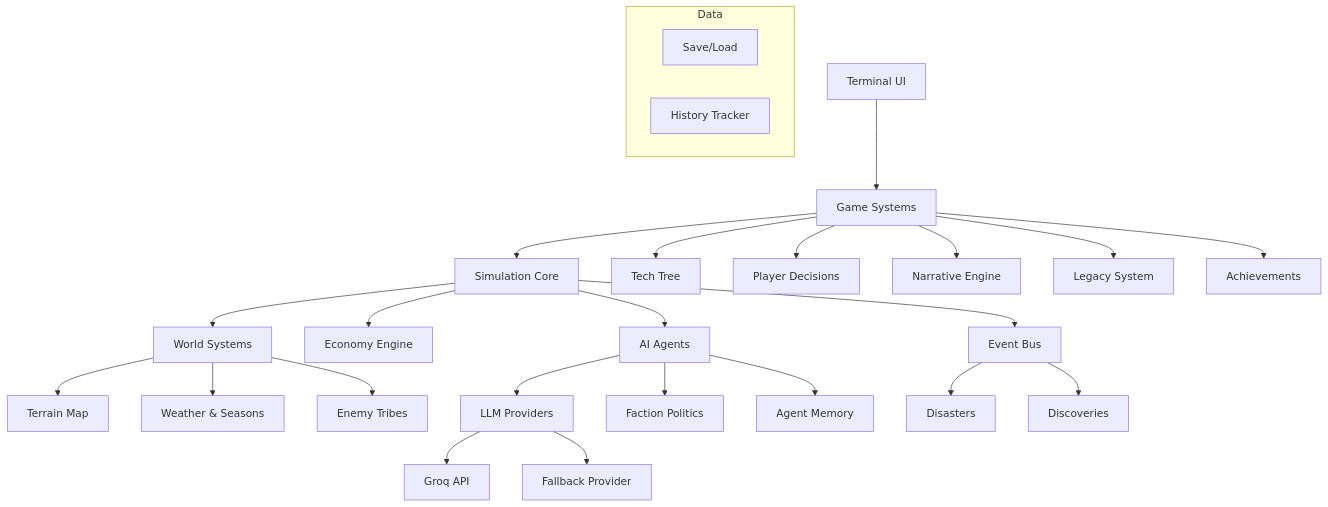
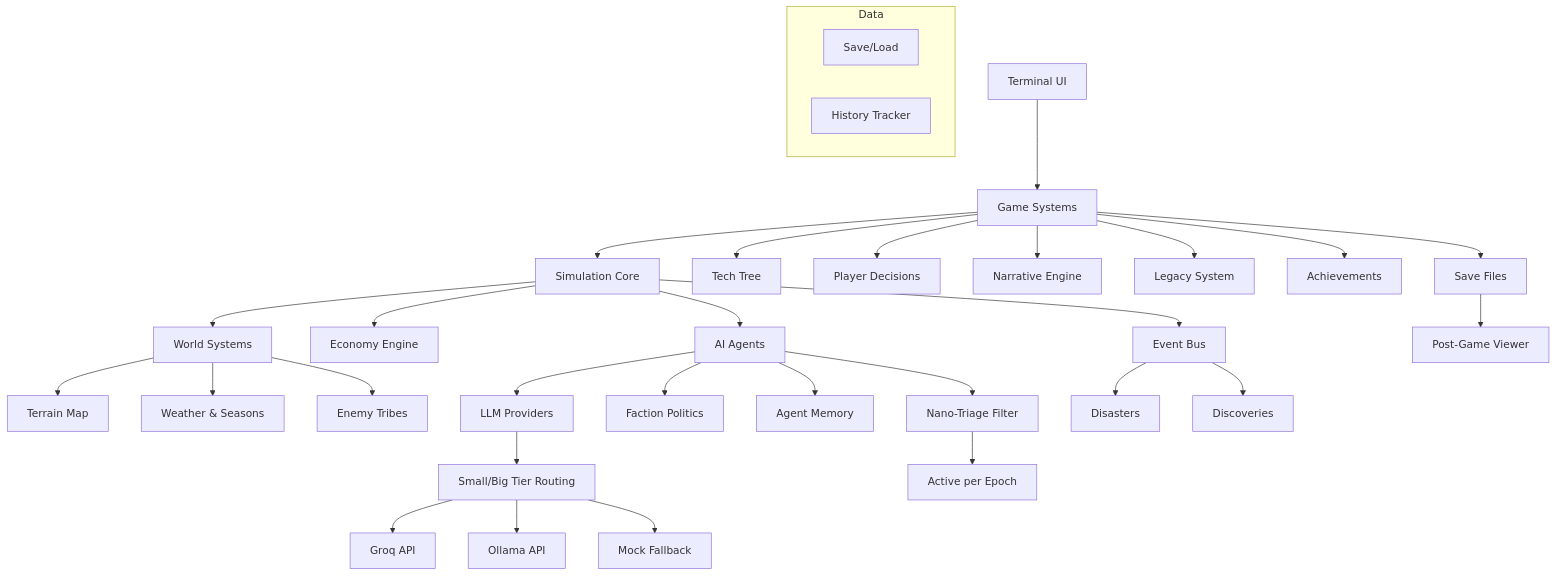
One commit to sciencebanda09/Civilization-Engine changed the diagram in README.md. Above: the diagram before and after it, drawn with Mermaid. The commit also changed other lines of this file and 26 other files, not shown here.

First line of the commit message:
v1.1: Large-scale civilization mode + two-tier LLM config + timeline viewer

````diff
--- a/README.md
+++ b/README.md
@@ -412,28 +491,34 @@
 ```mermaid
 graph TD
     UI[Terminal UI] --> Game[Game Systems]
     Game --> Sim[Simulation Core]
     Sim --> Agents[AI Agents]
     Sim --> Economy[Economy Engine]
     Sim --> World[World Systems]
     World --> Map[Terrain Map]
     World --> Weather[Weather & Seasons]
     World --> Enemies[Enemy Tribes]
     Agents --> LLM[LLM Providers]
-    LLM --> Groq[Groq API]
-    LLM --> Fallback[Fallback Provider]
+    LLM --> Routing[Small/Big Tier Routing]
+    Routing --> Groq[Groq API]
+    Routing --> Ollama[Ollama API]
+    Routing --> Mock[Mock Fallback]
     Agents --> Factions[Faction Politics]
     Agents --> Memory[Agent Memory]
+    Agents --> Triage[Nano-Triage Filter]
+    Triage --> Active[Active per Epoch]
     Game --> Tech[Tech Tree]
     Game --> Decisions[Player Decisions]
     Game --> Narrative[Narrative Engine]
     Game --> Legacy[Legacy System]
     Game --> Achievements[Achievements]
     Sim --> Events[Event Bus]
     Events --> Catastrophes[Disasters]
     Events --> Discoveries[Discoveries]
+    Game --> Saves[Save Files]
+    Saves --> Viewer[Post-Game Viewer]
     subgraph "Data"
         Chapters[Save/Load]
         History[History Tracker]
     end
 ```
````
